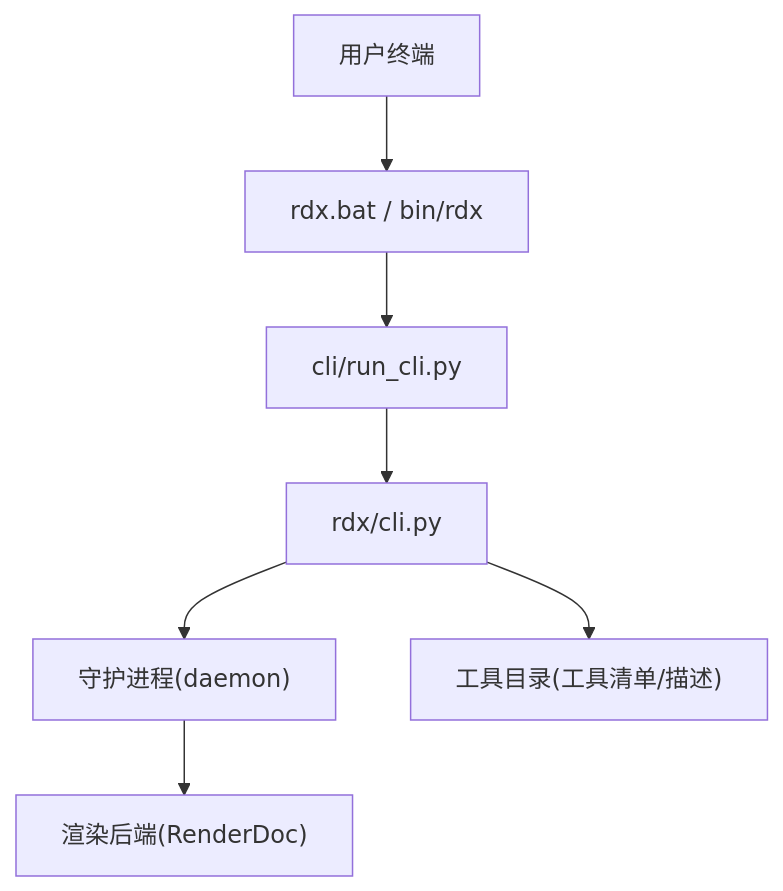
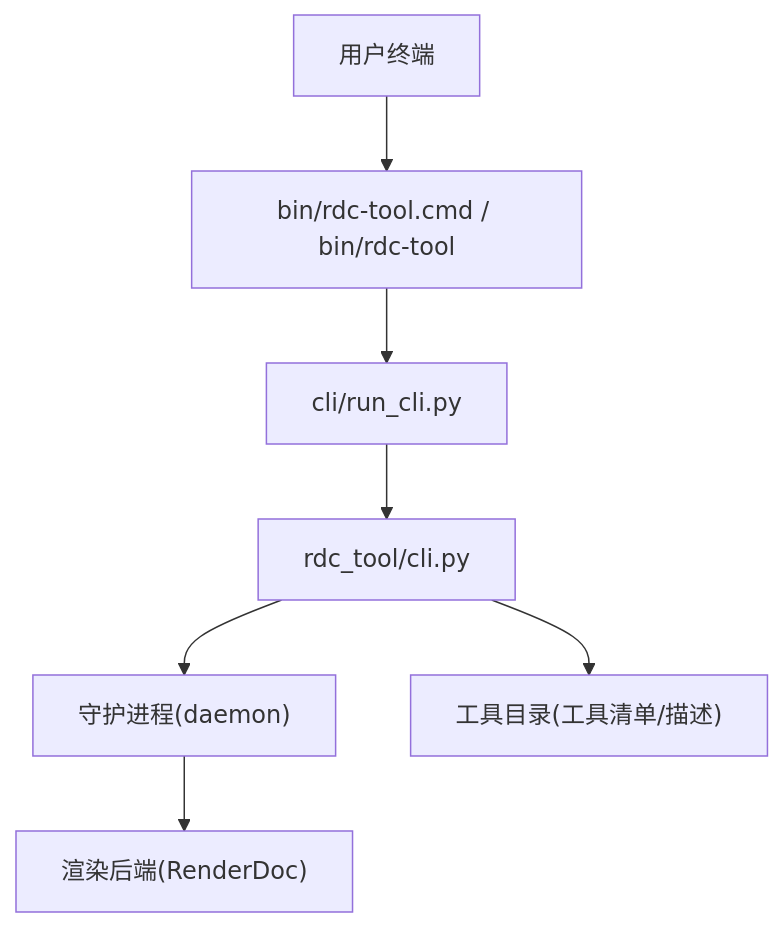
Before and after one commit to haolange/RDC-Tool: the first of 4 diagrams in .qoder/repowiki/zh/content/项目概述/快速开始.md, drawn with Mermaid. The commit also changed other lines of this file and 388 other files, not shown here.

First line of the commit message:
Release RDC-Tool identity and public maintenance surface

````diff
--- a/.qoder/repowiki/zh/content/项目概述/快速开始.md
+++ b/.qoder/repowiki/zh/content/项目概述/快速开始.md
@@ -38,9 +38,9 @@
 ```mermaid
 graph TB
-A["用户终端"] --> B["rdx.bat / bin/rdx"]
+A["用户终端"] --> B["bin/rdc-tool.cmd / bin/rdc-tool"]
 B --> C["cli/run_cli.py"]
-C --> D["rdx/cli.py"]
+C --> D["rdc_tool/cli.py"]
 D --> E["守护进程(daemon)"]
 E --> F["渲染后端(RenderDoc)"]
 D --> G["工具目录(工具清单/描述)"]
 ```
````
